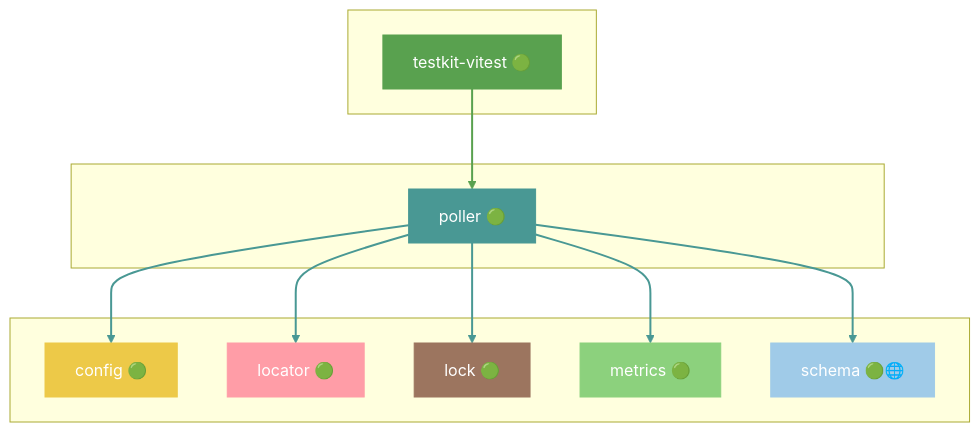
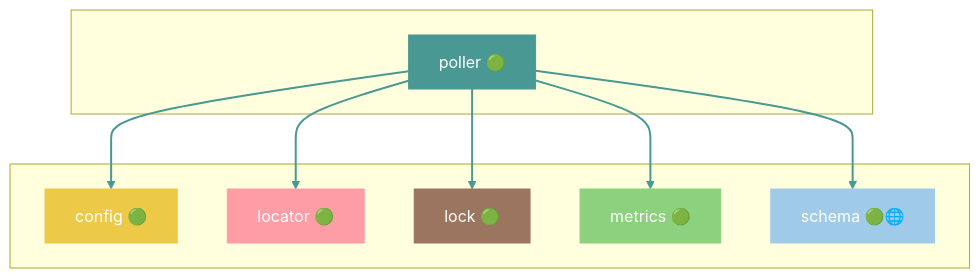
Before and after one commit to grest-ts/grest-ts: diagram 33 of 45 in docs/DEPENDENCIES.md, drawn with Mermaid. The commit also changed other lines of this file and 4 other files, not shown here.

````diff
--- a/docs/DEPENDENCIES.md
+++ b/docs/DEPENDENCIES.md
@@ -1641,35 +1633,29 @@
 ```mermaid
 flowchart TB
-    subgraph Dependents[" "]
-        testkit-vitest["testkit-vitest 🟢"]
-    end
     subgraph Package[" "]
         poller["poller 🟢"]
     end
     subgraph Dependencies[" "]
         config["config 🟢"]
         locator["locator 🟢"]
         lock["lock 🟢"]
         metrics["metrics 🟢"]
         schema["schema 🟢🌐"]
     end
-    testkit-vitest --> poller
     poller --> config
     poller --> locator
     poller --> lock
     poller --> metrics
     poller --> schema
     style poller fill:#499894,stroke:#499894,color:#fff
-    style testkit-vitest fill:#59A14F,stroke:#59A14F,color:#fff
     style config fill:#EDC948,stroke:#EDC948,color:#fff
     style locator fill:#FF9DA7,stroke:#FF9DA7,color:#fff
     style lock fill:#9C755F,stroke:#9C755F,color:#fff
     style metrics fill:#8CD17D,stroke:#8CD17D,color:#fff
     style schema fill:#A0CBE8,stroke:#A0CBE8,color:#fff
-    linkStyle 0 stroke:#59A14F,stroke-width:2px
+    linkStyle 0 stroke:#499894,stroke-width:2px
     linkStyle 1 stroke:#499894,stroke-width:2px
     linkStyle 2 stroke:#499894,stroke-width:2px
     linkStyle 3 stroke:#499894,stroke-width:2px
     linkStyle 4 stroke:#499894,stroke-width:2px
-    linkStyle 5 stroke:#499894,stroke-width:2px
 ```
````
